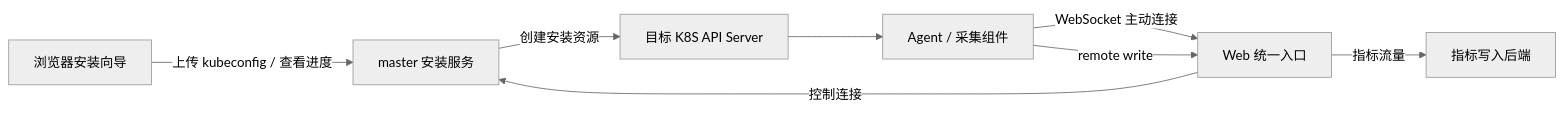
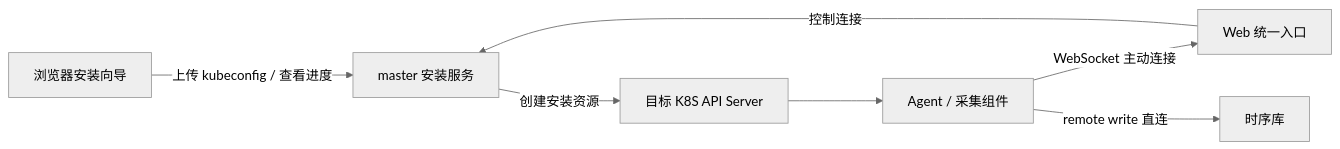
One commit to CassInfra/KubeDoor changed the diagram in help/install/agent-web-install.md. Above: the diagram before and after it, drawn with Mermaid (neutral theme). The commit also changed other lines of this file and 84 other files, not shown here.

````diff
--- a/help/install/agent-web-install.md
+++ b/help/install/agent-web-install.md
@@ -84,10 +78,9 @@
 ```mermaid
 flowchart LR
     B[浏览器安装向导] -->|上传 kubeconfig / 查看进度| M[master 安装服务]
     M -->|创建安装资源| K[目标 K8S API Server]
     K --> A[Agent / 采集组件]
     A -->|WebSocket 主动连接| W[Web 统一入口]
-    A -->|remote write| W
     W -->|控制连接| M
-    W -->|指标流量| V[指标写入后端]
+    A -->|remote write 直连| V[时序库]
 ```
````
